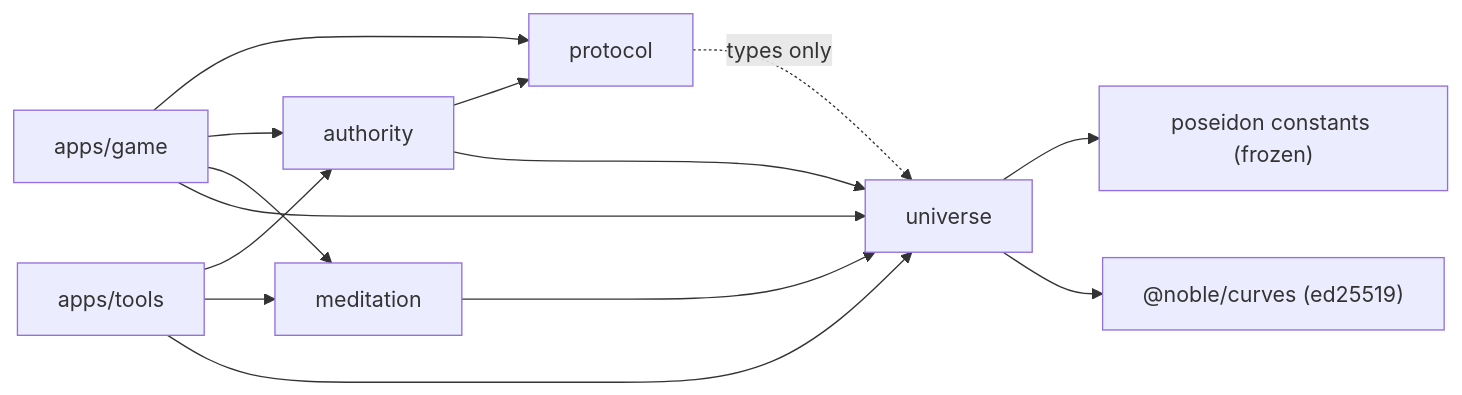
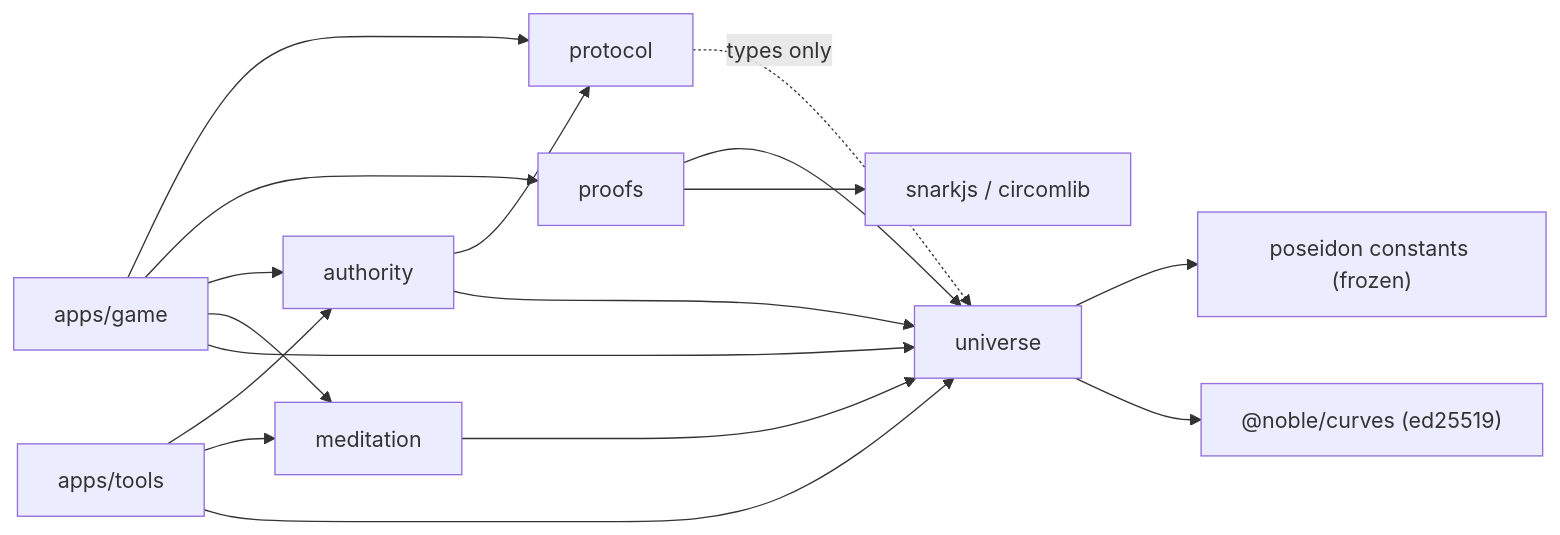
One commit to rranshous/context-games changed the first of 4 diagrams in games/truenames/docs/10-architecture.md. Above: the diagram before and after it, drawn with Mermaid. The commit also changed other lines of this file and 34 other files, not shown here.

````diff
--- a/games/truenames/docs/10-architecture.md
+++ b/games/truenames/docs/10-architecture.md
@@ -21,14 +22,17 @@
 ```mermaid
 flowchart LR
   game[apps/game] --> protocol
+  game --> proofs
+  proofs --> universe
+  proofs --> SJ[snarkjs / circomlib]
   game --> authority
   game --> meditation
   game --> universe
   tools[apps/tools] --> authority & meditation & universe
   authority --> protocol
   authority --> universe
   meditation --> universe
   protocol -. types only .-> universe
   universe --> P["poseidon constants (frozen)"]
   universe --> N["@noble/curves (ed25519)"]
 ```
````
